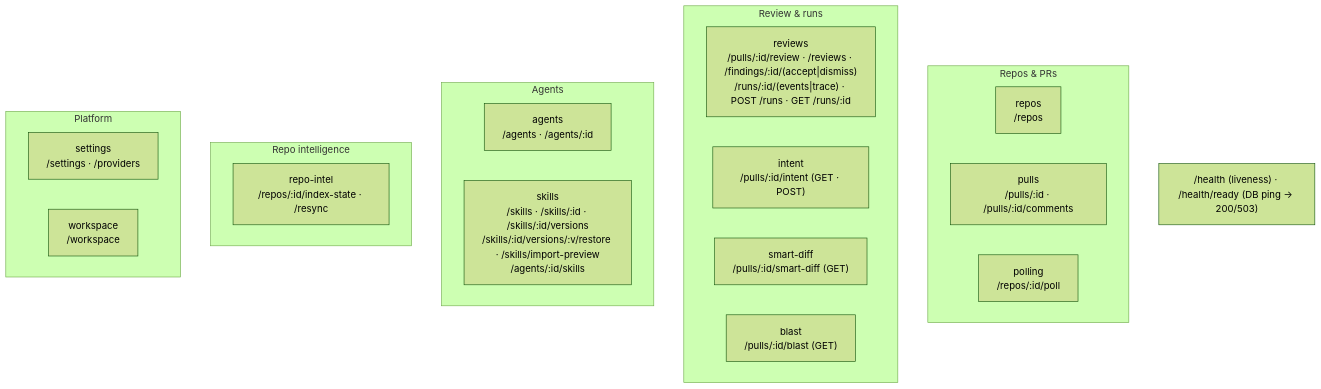
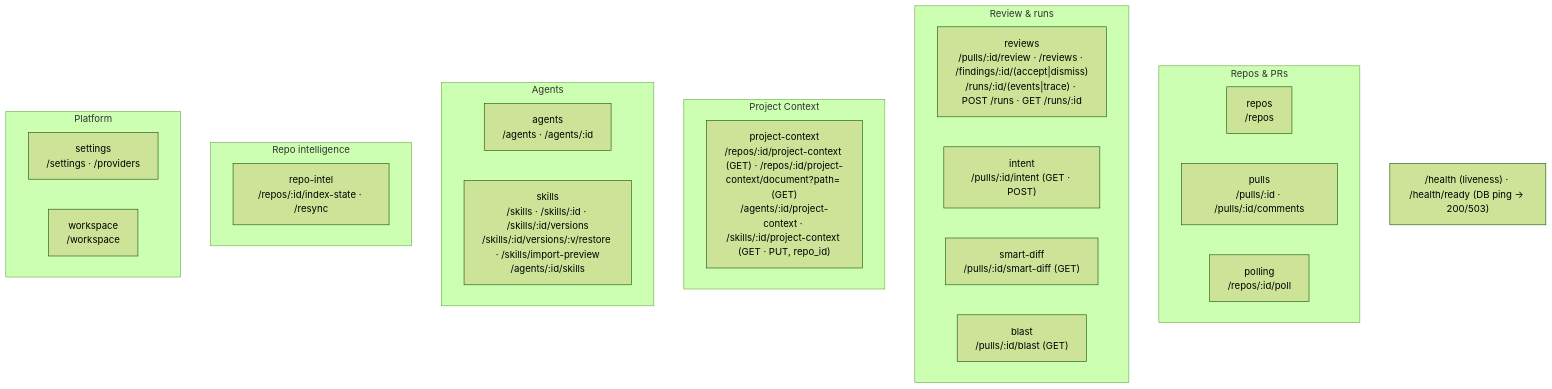
One commit to s-deer/dev-digest changed the second of 2 diagrams in server/README.md. Above: the diagram before and after it, drawn with Mermaid (forest theme). The commit also changed other lines of this file and 34 other files, not shown here.

Commit message:
feat(server): project-context module, attachments, run-time injection and trace fields

````diff
--- a/server/README.md
+++ b/server/README.md
@@ -64,26 +64,29 @@
 ```mermaid
 flowchart TB
   subgraph Repos_PRs["Repos & PRs"]
     repos["repos<br/>/repos"]
     pulls["pulls<br/>/pulls/:id · /pulls/:id/comments"]
     polling["polling<br/>/repos/:id/poll"]
   end
   subgraph Review["Review & runs"]
     reviews["reviews<br/>/pulls/:id/review · /reviews · /findings/:id/(accept|dismiss)<br/>/runs/:id/(events|trace) · POST /runs · GET /runs/:id"]
     intent["intent<br/>/pulls/:id/intent (GET · POST)"]
     smartDiff["smart-diff<br/>/pulls/:id/smart-diff (GET)"]
     blast["blast<br/>/pulls/:id/blast (GET)"]
+  end
+  subgraph Context["Project Context"]
+    projectContext["project-context<br/>/repos/:id/project-context (GET) · /repos/:id/project-context/document?path= (GET)<br/>/agents/:id/project-context · /skills/:id/project-context (GET · PUT, repo_id)"]
   end
    subgraph Agents["Agents"]
     agents["agents<br/>/agents · /agents/:id"]
     skills["skills<br/>/skills · /skills/:id · /skills/:id/versions<br/>/skills/:id/versions/:v/restore · /skills/import-preview<br/>/agents/:id/skills"]
    end
   subgraph Intel["Repo intelligence"]
     repoIntel["repo-intel<br/>/repos/:id/index-state · /resync"]
   end
   subgraph Platform["Platform"]
     settings["settings<br/>/settings · /providers"]
     workspace["workspace<br/>/workspace"]
   end
   HEALTH["/health (liveness) · /health/ready (DB ping → 200/503)"]
 ```
````
